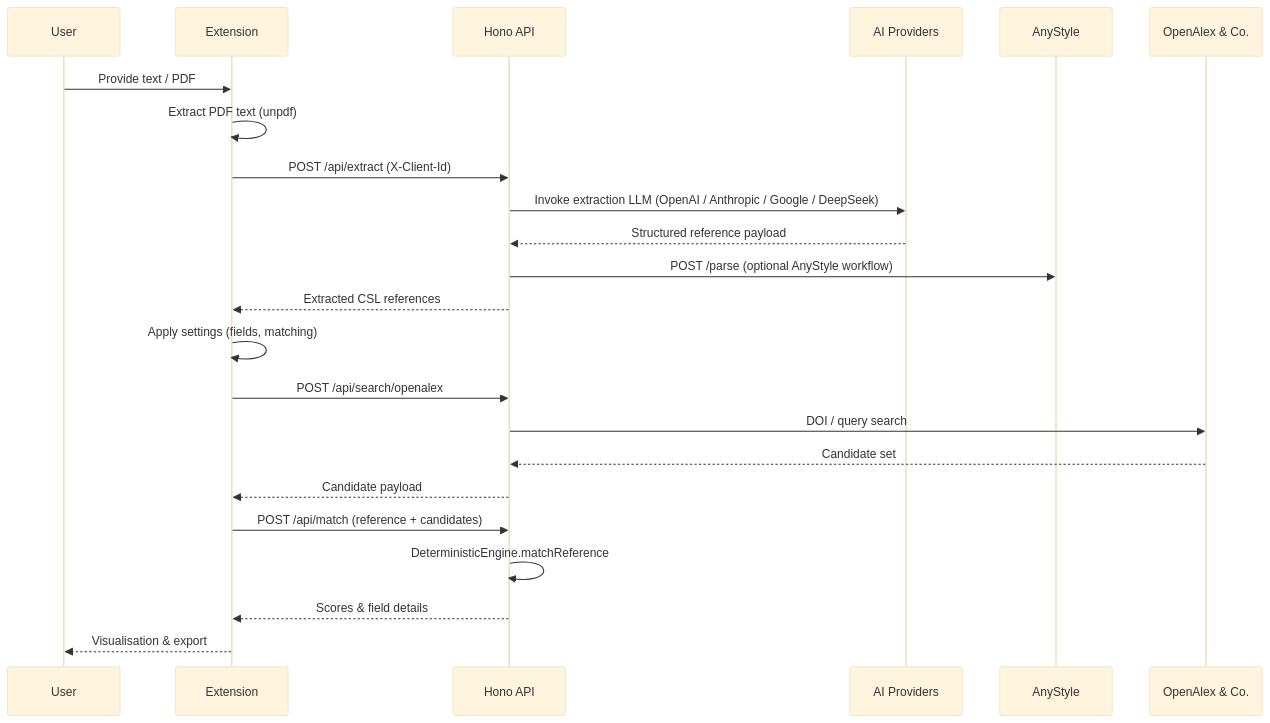
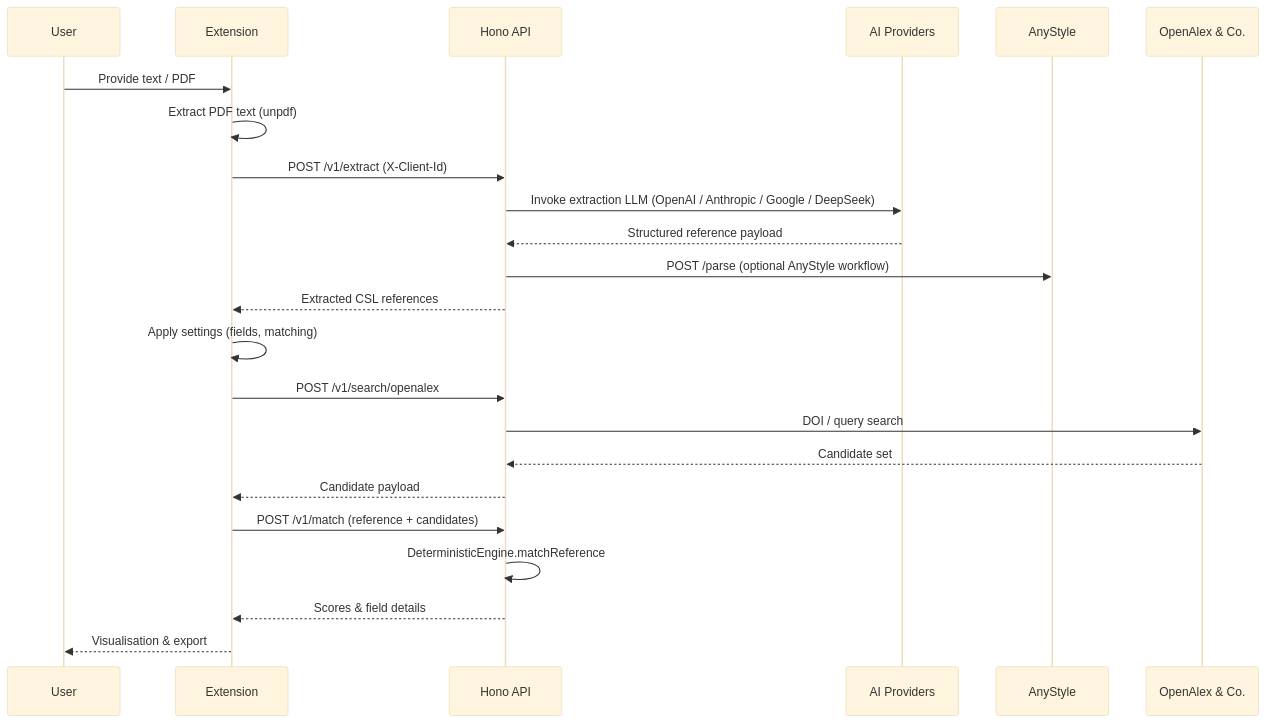
Before and after one commit to jeffnawroth/source-taster: the second of 2 diagrams in apps/docs/architecture.md, drawn with Mermaid (base theme). The commit also changed other lines of this file and 53 other files, not shown here.

````diff
--- a/apps/docs/architecture.md
+++ b/apps/docs/architecture.md
@@ -36,26 +36,26 @@
 ```mermaid
 sequenceDiagram
   participant User
   participant Ext as Extension
   participant API as Hono API
   participant LLM as AI Providers
   participant Any as AnyStyle
   participant OA as OpenAlex & Co.
 
   User->>Ext: Provide text / PDF
   Ext->>Ext: Extract PDF text (unpdf)
-  Ext->>API: POST /api/extract (X-Client-Id)
+  Ext->>API: POST /v1/extract (X-Client-Id)
   API->>LLM: Invoke extraction LLM (OpenAI / Anthropic / Google / DeepSeek)
   LLM-->>API: Structured reference payload
   API->>Any: POST /parse (optional AnyStyle workflow)
   API-->>Ext: Extracted CSL references
   Ext->>Ext: Apply settings (fields, matching)
-  Ext->>API: POST /api/search/openalex
+  Ext->>API: POST /v1/search/openalex
   API->>OA: DOI / query search
   OA-->>API: Candidate set
   API-->>Ext: Candidate payload
-  Ext->>API: POST /api/match (reference + candidates)
+  Ext->>API: POST /v1/match (reference + candidates)
   API->>API: DeterministicEngine.matchReference
   API-->>Ext: Scores & field details
   Ext-->>User: Visualisation & export
 ```
````
